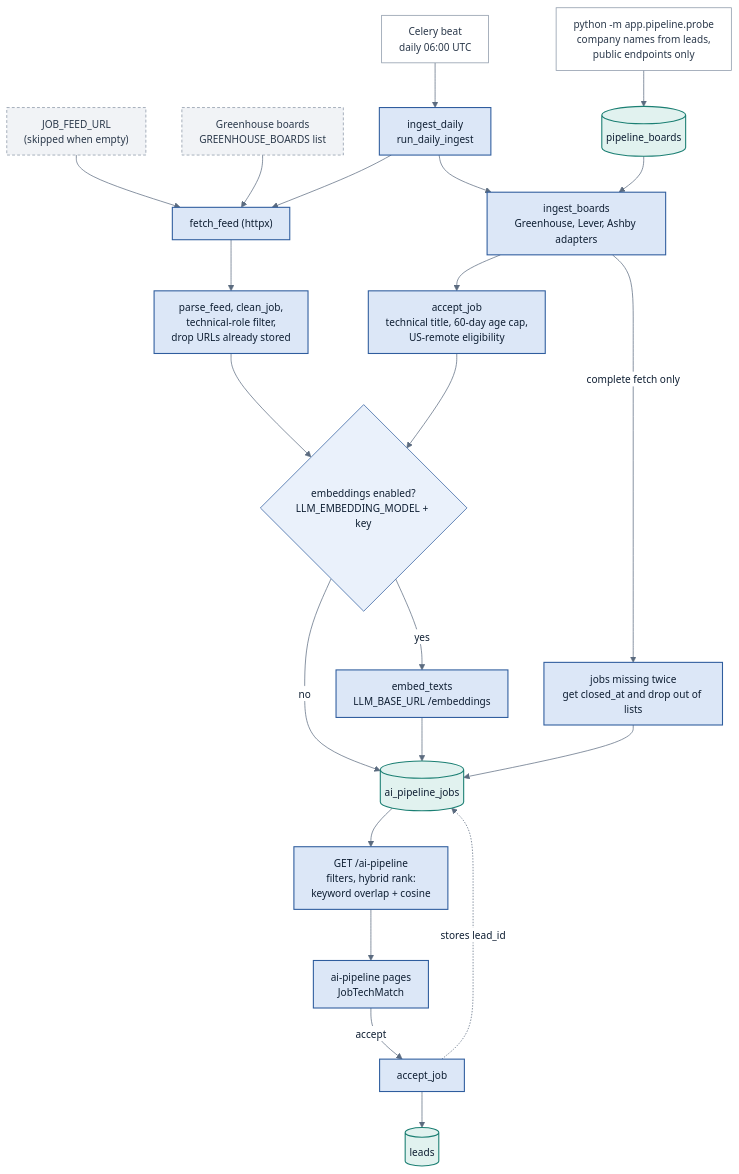
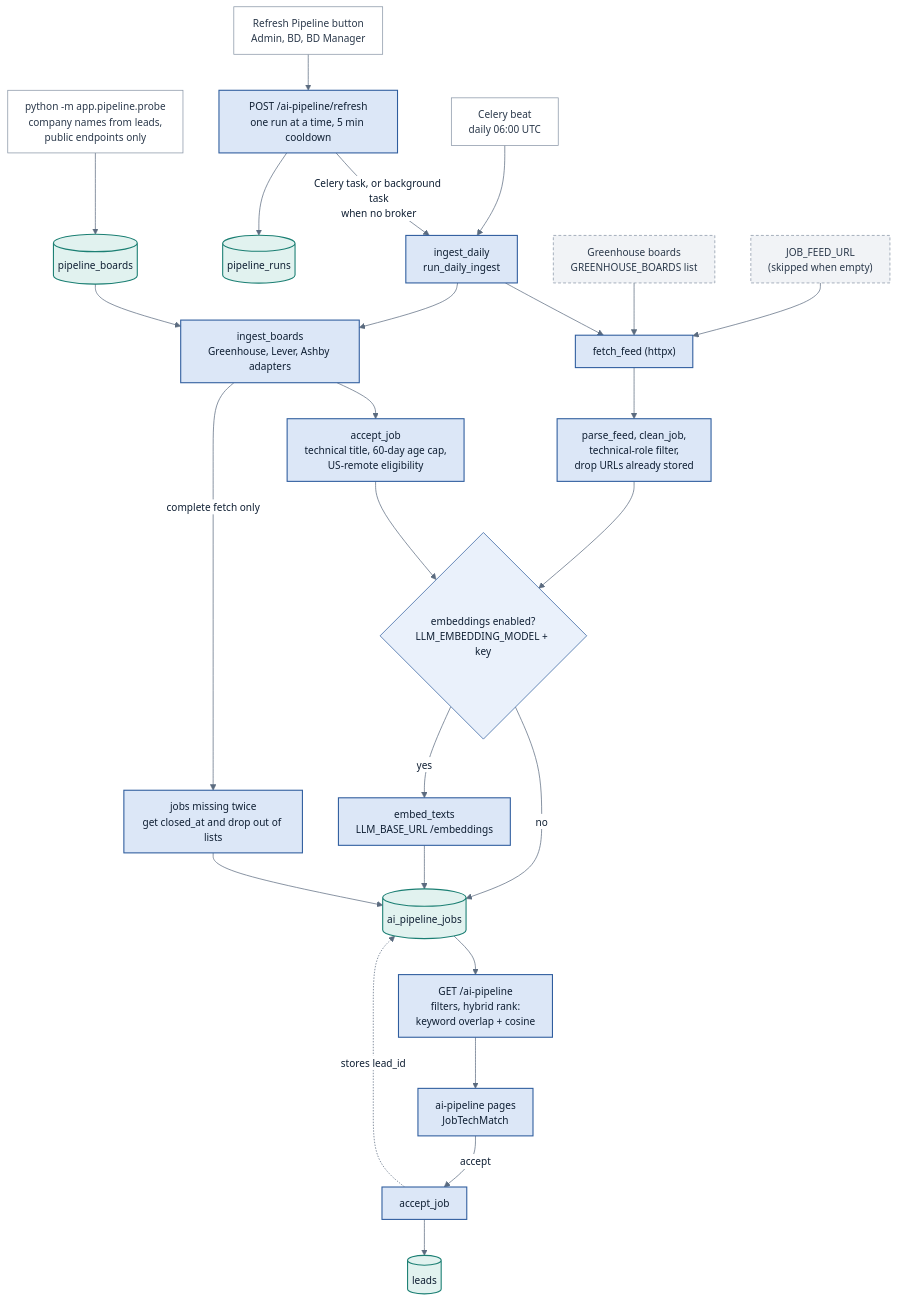
The seventh of 8 diagrams in docs/ARCHITECTURE.md (saimm97/lead-management-system), drawn with Mermaid before and after one commit. The commit also changed other lines of this file and 4 other files, not shown here.

Commit message:
feat(pipeline): Refresh Pipeline button, 7/14/30/60-day filter; update architecture docs

````diff
--- a/docs/ARCHITECTURE.md
+++ b/docs/ARCHITECTURE.md
@@ -224,35 +225,38 @@
 ```mermaid
 %%{init: {'theme':'base','themeVariables':{'fontFamily':'Arial, Helvetica, sans-serif','fontSize':'14px','primaryColor':'#EAF1FB','primaryBorderColor':'#2F5D9E','primaryTextColor':'#0F1F33','secondaryColor':'#F3F5F8','tertiaryColor':'#F7F9FC','lineColor':'#5B6B7F','textColor':'#0F1F33','clusterBkg':'#F6F8FB','clusterBorder':'#C3CDDA','edgeLabelBackground':'#FFFFFF','actorBkg':'#EAF1FB','actorBorder':'#2F5D9E','actorTextColor':'#0F1F33','actorLineColor':'#9AA8BA','signalColor':'#3B4A5E','signalTextColor':'#0F1F33','labelBoxBkgColor':'#EAF1FB','labelBoxBorderColor':'#2F5D9E','noteBkgColor':'#F3F5F8','noteBorderColor':'#9AA8BA','activationBkgColor':'#DCE7F7','sequenceNumberColor':'#FFFFFF','attributeBackgroundColorOdd':'#F6F8FB','attributeBackgroundColorEven':'#FFFFFF'},'flowchart':{'curve':'basis','padding':12}}}%%
 flowchart TB
 BEAT["Celery beat<br/>daily 06:00 UTC"] --> ING["ingest_daily<br/>run_daily_ingest"]
+BTN["Refresh Pipeline button<br/>Admin, BD, BD Manager"] --> RUN["POST /ai-pipeline/refresh<br/>one run at a time, 5 min cooldown"]
+RUN --> RUNS[("pipeline_runs")]
+RUN -->|"Celery task, or background task<br/>when no broker"| ING
 f1["JOB_FEED_URL<br/>(skipped when empty)"] --> FETCH
 f2["Greenhouse boards<br/>GREENHOUSE_BOARDS list"] --> FETCH
 PROBE["python -m app.pipeline.probe<br/>company names from leads,<br/>public endpoints only"] --> BOARDS[("pipeline_boards")]
 ING --> FETCH["fetch_feed (httpx)"]
 ING --> BF["ingest_boards<br/>Greenhouse, Lever, Ashby adapters"]
 BOARDS --> BF
 FETCH --> CLEAN["parse_feed, clean_job,<br/>technical-role filter,<br/>drop URLs already stored"]
 BF --> ELIG["accept_job<br/>technical title, 60-day age cap,<br/>US-remote eligibility"]
 CLEAN --> EMB{"embeddings enabled?<br/>LLM_EMBEDDING_MODEL + key"}
 ELIG --> EMB
 EMB -->|"yes"| VEC["embed_texts<br/>LLM_BASE_URL /embeddings"]
 EMB -->|"no"| STORE
 VEC --> STORE[("ai_pipeline_jobs")]
 BF -->|"complete fetch only"| CLOSE["jobs missing twice<br/>get closed_at and drop out of lists"]
 CLOSE --> STORE
 STORE --> LIST["GET /ai-pipeline<br/>filters, hybrid rank:<br/>keyword overlap + cosine"]
 LIST --> UI["ai-pipeline pages<br/>JobTechMatch"]
 UI -->|"accept"| ACC["accept_job"]
 ACC --> LEAD[("leads")]
 ACC -.->|"stores lead_id"| STORE
 classDef layer fill:#DCE7F7,stroke:#2F5D9E,stroke-width:1.5px,color:#0F1F33
 classDef aux fill:#FFFFFF,stroke:#8794A5,color:#2B394B
 classDef store fill:#E1F2EF,stroke:#1B7F73,stroke-width:1.5px,color:#0F1F33
 classDef ext fill:#F1F3F6,stroke:#8794A5,stroke-dasharray:4 3,color:#2B394B
 classDef actor fill:#1F3A5F,stroke:#1F3A5F,color:#FFFFFF
 classDef warn fill:#FDECEA,stroke:#B3261E,stroke-dasharray:4 3,color:#7A1B15
-class ING,FETCH,CLEAN,VEC,LIST,UI,ACC,BF,ELIG,CLOSE layer
-class BEAT,PROBE aux
+class ING,FETCH,CLEAN,VEC,LIST,UI,ACC,BF,ELIG,CLOSE,RUN layer
+class BEAT,PROBE,BTN aux
 class f1,f2 ext
-class STORE,LEAD,BOARDS store
+class STORE,LEAD,BOARDS,RUNS store
 ```
````
